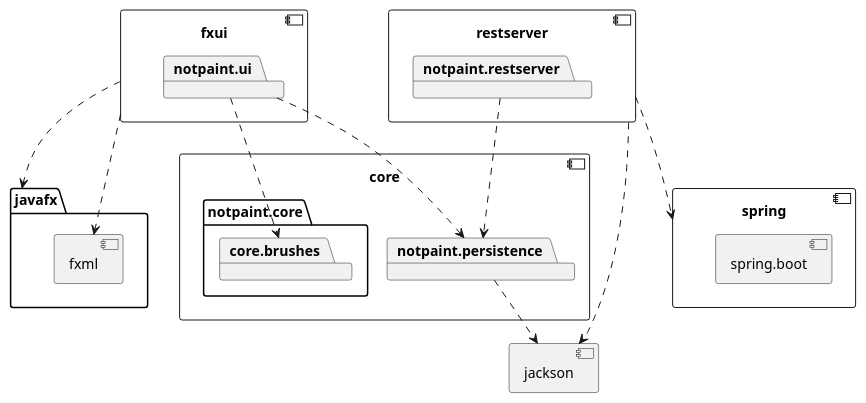
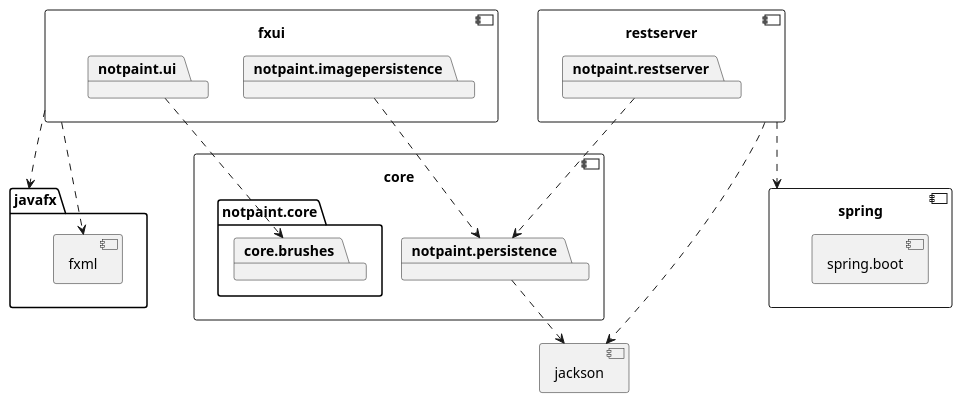
One commit to erlenelo/NotPaint changed the diagram in docs/diagrams/package.puml. Above: the diagram before and after it, drawn with PlantUML. The commit also changed 1 other file, not shown here.

Commit message:
Replaced package diagram, both puml-file and in readme.

```diff
--- a/docs/diagrams/package.puml
+++ b/docs/diagrams/package.puml
@@ -1,39 +1,40 @@
 @startuml notpaint
   component "core" {
     package "notpaint.core"{
         package "core.brushes"
     }
     package "notpaint.persistence"
 }
 
 component fxui{
         package "notpaint.ui"  
+        package "notpaint.imagepersistence"
 }
 
 
 component "restserver" {
   package "notpaint.restserver"
 }
 
 package "javafx" {
     [fxml]
 }
 
 component "spring" {
     [spring.boot]
 }
 
 notpaint.persistence ..> [jackson]
 
 restserver ..> spring
 restserver ..> jackson
 
 fxui ..> javafx
 fxui ..> fxml
 
-notpaint.ui ..> notpaint.persistence
+notpaint.imagepersistence ..> notpaint.persistence
 notpaint.ui ..> core.brushes
 
 notpaint.restserver ..> notpaint.persistence
 
 @enduml
```
